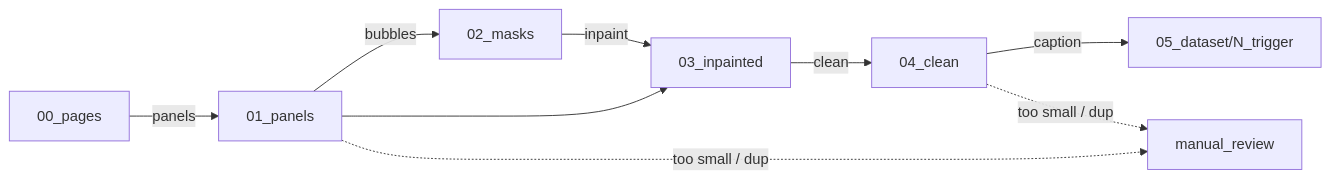
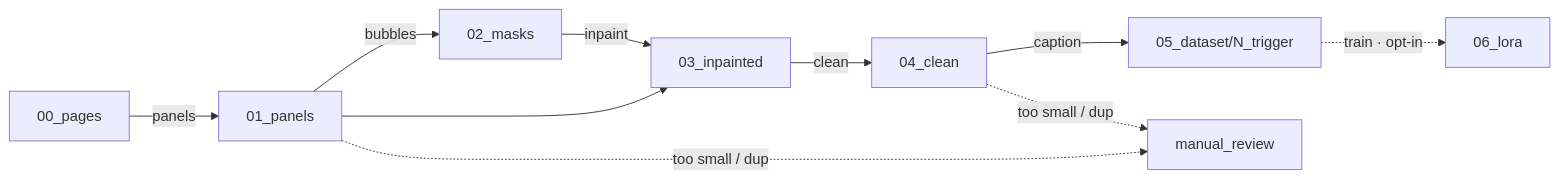
One commit to hleserg/make-style-dataset changed the diagram in docs/architecture/WORKSPACE.md. Above: the diagram before and after it, drawn with Mermaid. The commit also changed other lines of this file and 5 other files, not shown here.

First line of the commit message:
docs(train): document the train stage across guide + architecture [T5]

````diff
--- a/docs/architecture/WORKSPACE.md
+++ b/docs/architecture/WORKSPACE.md
@@ -28,11 +29,12 @@
 ```mermaid
 flowchart LR
     P[00_pages] -->|panels| Pan[01_panels]
     Pan -->|bubbles| M[02_masks]
     Pan --> Inp
     M -->|inpaint| Inp[03_inpainted]
     Inp -->|clean| Cl[04_clean]
     Cl -->|caption| DS[05_dataset/N_trigger]
+    DS -.->|train · opt-in| L[06_lora]
     Pan -.too small / dup.-> MR[manual_review]
     Cl -.too small / dup.-> MR
 ```
````
